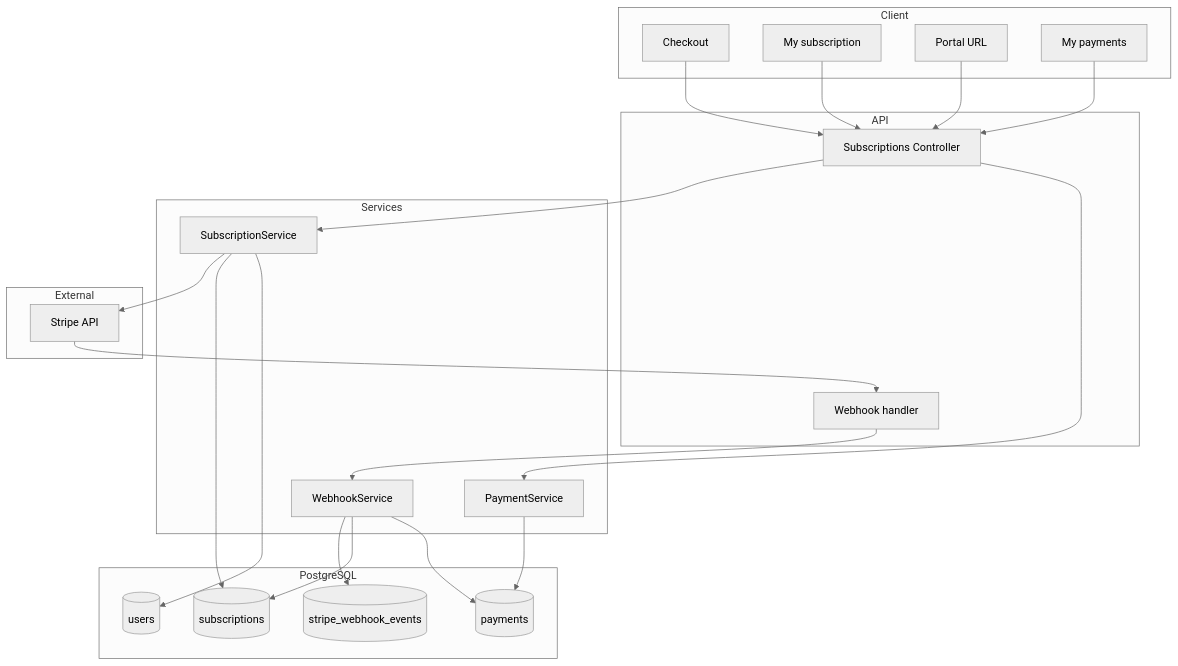
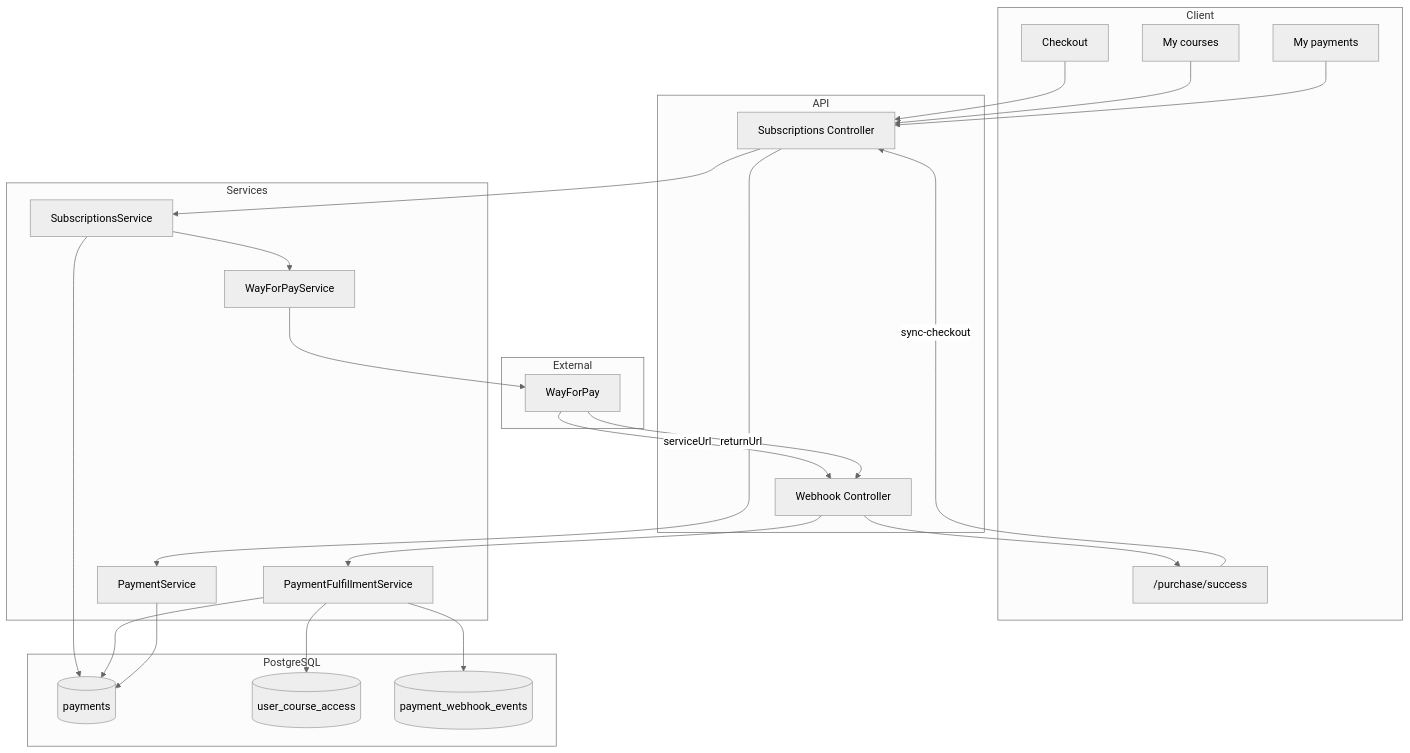
One commit to annnsvm/buero.de changed the diagram in docs/modules/06-subscriptions-billing.md. Above: the diagram before and after it, drawn with Mermaid (neutral theme). The commit also changed other lines of this file and 52 other files, not shown here.

Commit message:
Replace Stripe checkout with WayForPay one-time course payments.

````diff
--- a/docs/modules/06-subscriptions-billing.md
+++ b/docs/modules/06-subscriptions-billing.md
@@ -64,47 +81,43 @@
 ```mermaid
 flowchart TB
     subgraph Client
         Ch[Checkout]
-        Me[My subscription]
-        Port[Portal URL]
+        Ret["/purchase/success"]
+        Me[My courses]
         Pay[My payments]
     end
 
     subgraph API
         Ctrl[Subscriptions Controller]
-        Wh[Webhook handler]
+        Wh[Webhook Controller]
     end
 
     subgraph Services
-        SubS[SubscriptionService]
+        SubS[SubscriptionsService]
+        WfpS[WayForPayService]
+        FulS[PaymentFulfillmentService]
         PayS[PaymentService]
-        WhS[WebhookService]
     end
 
     subgraph External
-        Stripe[Stripe API]
+        WFP[WayForPay]
     end
 
     subgraph DB["PostgreSQL"]
-        Sub[(subscriptions)]
         PayT[(payments)]
-        U[(users)]
-        Ev[(stripe_webhook_events)]
+        Acc[(user_course_access)]
+        Ev[(payment_webhook_events)]
     end
 
-    Ch --> Ctrl
+    Ch --> Ctrl --> SubS
+    SubS --> WfpS --> WFP
+    SubS --> PayT
+    WFP -- serviceUrl --> Wh --> FulS
+    FulS --> Ev
+    FulS --> PayT
+    FulS --> Acc
+    WFP -- returnUrl --> Wh --> Ret
+    Ret -- sync-checkout --> Ctrl
     Me --> Ctrl
-    Port --> Ctrl
-    Pay --> Ctrl
-    Ctrl --> SubS
-    Ctrl --> PayS
-    SubS --> Stripe
-    SubS --> Sub
-    SubS --> U
-    PayS --> PayT
-    Stripe --> Wh
-    Wh --> WhS
-    WhS --> Ev
-    WhS --> Sub
-    WhS --> PayT
+    Pay --> Ctrl --> PayS --> PayT
 ```
````
